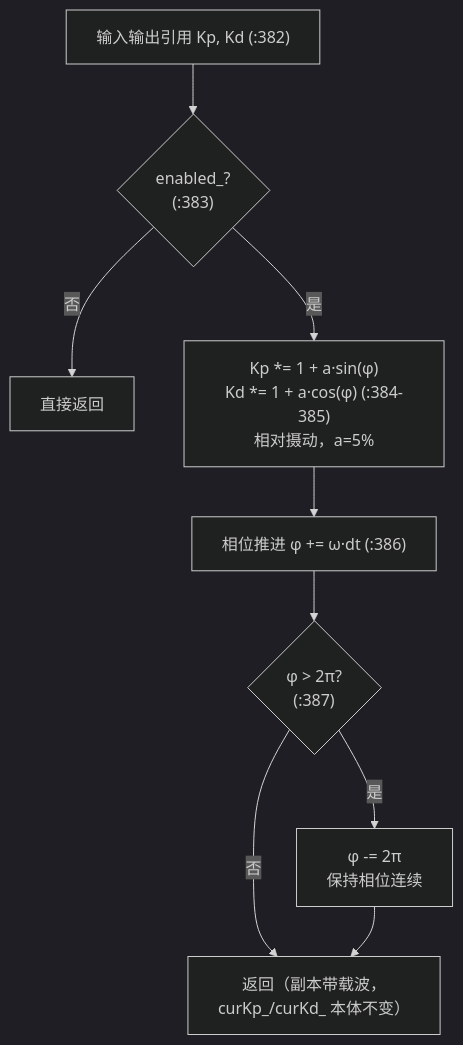
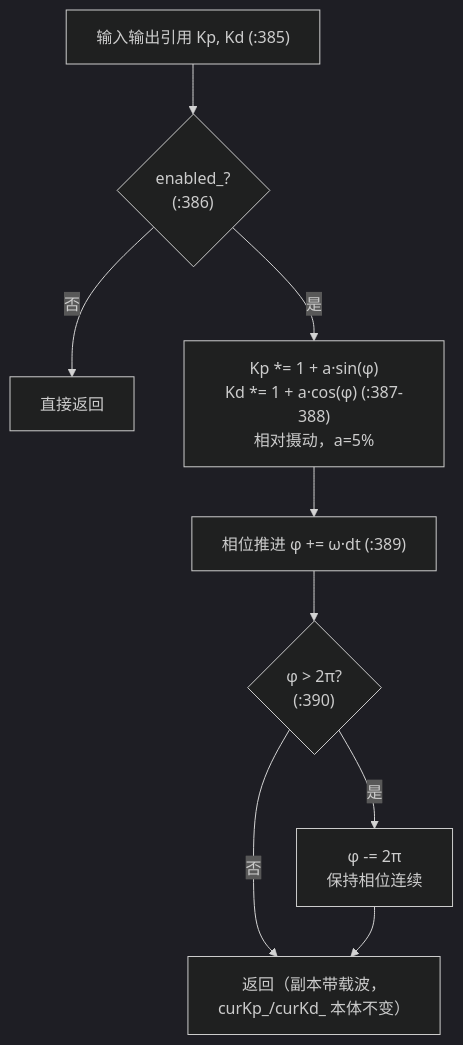
The fifth of 16 diagrams in docs/ESC代码函数实现流程.md (jimaka/auto_rudder), drawn with Mermaid (dark theme) before and after one commit. The commit also changed other lines of this file and 24 other files, not shown here.

````diff
--- a/docs/ESC代码函数实现流程.md
+++ b/docs/ESC代码函数实现流程.md
@@ -425,11 +425,11 @@
 ```mermaid
 flowchart TD
-    A["输入输出引用 Kp, Kd (:382)"] --> B{"enabled_?<br/>(:383)"}
+    A["输入输出引用 Kp, Kd (:385)"] --> B{"enabled_?<br/>(:386)"}
     B -- 否 --> C["直接返回"]
-    B -- 是 --> D["Kp *= 1 + a·sin(φ)<br/>Kd *= 1 + a·cos(φ) (:384-385)<br/>相对摄动，a=5%"]
-    D --> E["相位推进 φ += ω·dt (:386)"]
-    E --> F{"φ > 2π?<br/>(:387)"}
+    B -- 是 --> D["Kp *= 1 + a·sin(φ)<br/>Kd *= 1 + a·cos(φ) (:387-388)<br/>相对摄动，a=5%"]
+    D --> E["相位推进 φ += ω·dt (:389)"]
+    E --> F{"φ > 2π?<br/>(:390)"}
     F -- 是 --> G["φ -= 2π<br/>保持相位连续"]
     F -- 否 --> H
     G --> H["返回（副本带载波，<br/>curKp_/curKd_ 本体不变）"]
 ```
````
